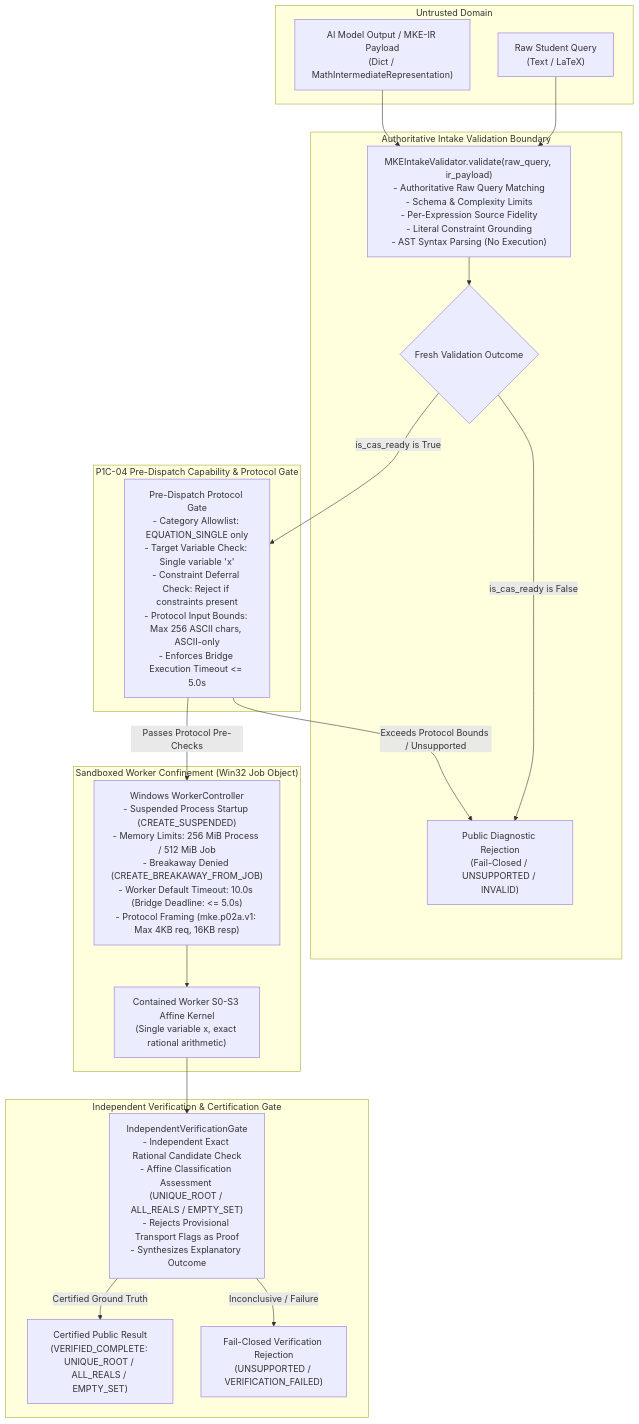
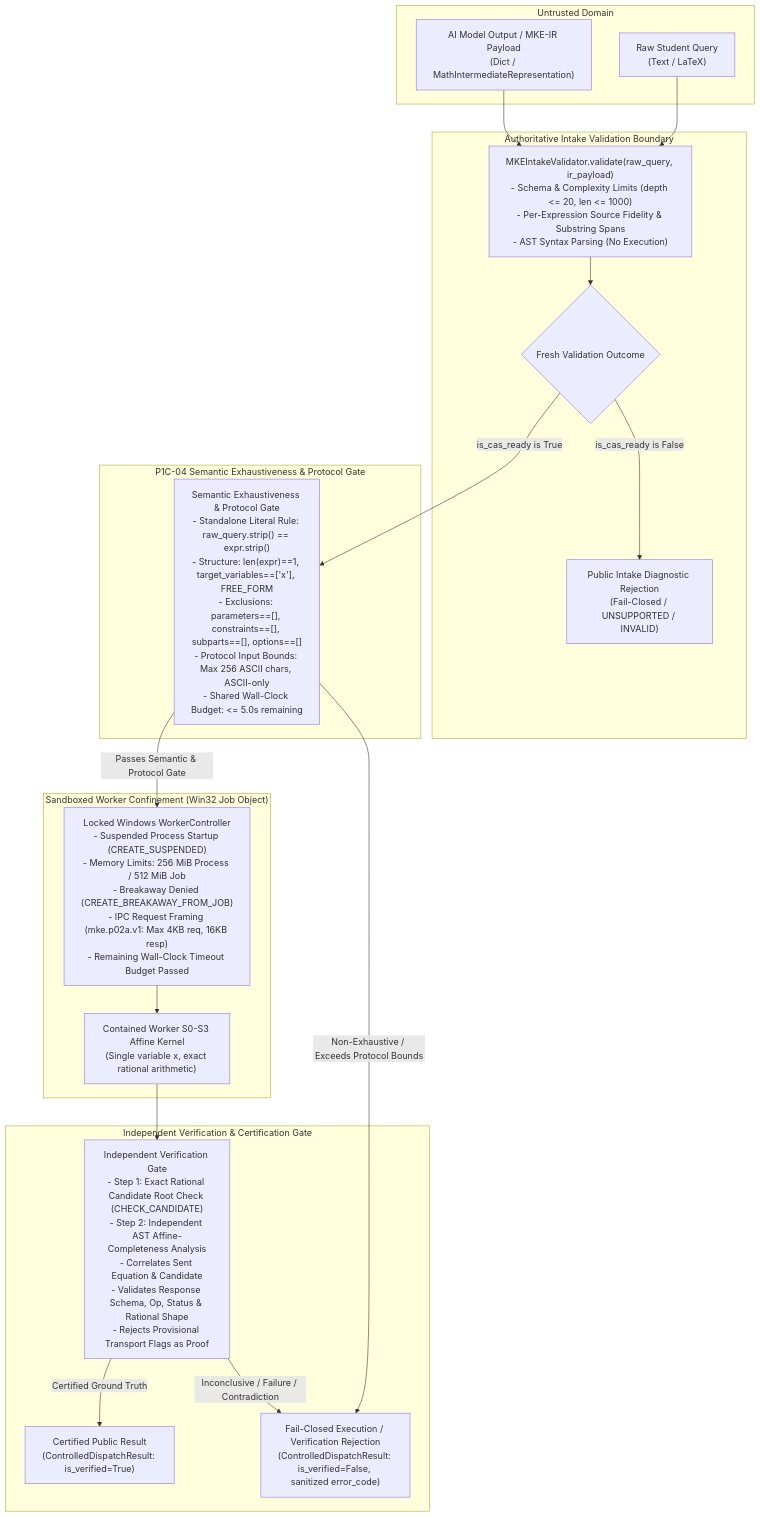
Before and after one commit to PhanHoangKe/math-knowledge-engine: the first of 3 diagrams in docs/architecture/P1C_04_A_CONTROLLED_DISPATCH_PREFLIGHT.md, drawn with Mermaid. The commit also changed other lines of this file, not shown here.

Commit message:
docs(architecture): apply P1C-04-A-R2 corrections closing semantic exhaustiveness, proof model, locked containment, and public result gaps

````diff
--- a/docs/architecture/P1C_04_A_CONTROLLED_DISPATCH_PREFLIGHT.md
+++ b/docs/architecture/P1C_04_A_CONTROLLED_DISPATCH_PREFLIGHT.md
@@ -26,40 +26,40 @@
 ```mermaid
 flowchart TD
     subgraph UntrustedDomain["Untrusted Domain"]
         A["Raw Student Query<br/>(Text / LaTeX)"]
         B["AI Model Output / MKE-IR Payload<br/>(Dict / MathIntermediateRepresentation)"]
     end
 
     subgraph IntakeBoundary["Authoritative Intake Validation Boundary"]
-        C["MKEIntakeValidator.validate(raw_query, ir_payload)<br/>- Authoritative Raw Query Matching<br/>- Schema & Complexity Limits<br/>- Per-Expression Source Fidelity<br/>- Literal Constraint Grounding<br/>- AST Syntax Parsing (No Execution)"]
+        C["MKEIntakeValidator.validate(raw_query, ir_payload)<br/>- Schema & Complexity Limits (depth <= 20, len <= 1000)<br/>- Per-Expression Source Fidelity & Substring Spans<br/>- AST Syntax Parsing (No Execution)"]
         D{"Fresh Validation Outcome"}
-        E["Public Diagnostic Rejection<br/>(Fail-Closed / UNSUPPORTED / INVALID)"]
+        E["Public Intake Diagnostic Rejection<br/>(Fail-Closed / UNSUPPORTED / INVALID)"]
     end
 
-    subgraph PreDispatchGate["P1C-04 Pre-Dispatch Capability & Protocol Gate"]
-        F["Pre-Dispatch Protocol Gate<br/>- Category Allowlist: EQUATION_SINGLE only<br/>- Target Variable Check: Single variable 'x'<br/>- Constraint Deferral Check: Reject if constraints present<br/>- Protocol Input Bounds: Max 256 ASCII chars, ASCII-only<br/>- Enforces Bridge Execution Timeout <= 5.0s"]
+    subgraph SemanticAndProtocolGate["P1C-04 Semantic Exhaustiveness & Protocol Gate"]
+        F["Semantic Exhaustiveness & Protocol Gate<br/>- Standalone Literal Rule: raw_query.strip() == expr.strip()<br/>- Structure: len(expr)==1, target_variables==['x'], FREE_FORM<br/>- Exclusions: parameters==[], constraints==[], subparts==[], options==[]<br/>- Protocol Input Bounds: Max 256 ASCII chars, ASCII-only<br/>- Shared Wall-Clock Budget: <= 5.0s remaining"]
     end
 
     subgraph SandboxedWorker["Sandboxed Worker Confinement (Win32 Job Object)"]
-        G["Windows WorkerController<br/>- Suspended Process Startup (CREATE_SUSPENDED)<br/>- Memory Limits: 256 MiB Process / 512 MiB Job<br/>- Breakaway Denied (CREATE_BREAKAWAY_FROM_JOB)<br/>- Worker Default Timeout: 10.0s (Bridge Deadline: <= 5.0s)<br/>- Protocol Framing (mke.p02a.v1: Max 4KB req, 16KB resp)"]
+        G["Locked Windows WorkerController<br/>- Suspended Process Startup (CREATE_SUSPENDED)<br/>- Memory Limits: 256 MiB Process / 512 MiB Job<br/>- Breakaway Denied (CREATE_BREAKAWAY_FROM_JOB)<br/>- IPC Request Framing (mke.p02a.v1: Max 4KB req, 16KB resp)<br/>- Remaining Wall-Clock Timeout Budget Passed"]
         H["Contained Worker S0-S3 Affine Kernel<br/>(Single variable x, exact rational arithmetic)"]
     end
 
     subgraph VerificationGate["Independent Verification & Certification Gate"]
-        I["IndependentVerificationGate<br/>- Independent Exact Rational Candidate Check<br/>- Affine Classification Assessment (UNIQUE_ROOT / ALL_REALS / EMPTY_SET)<br/>- Rejects Provisional Transport Flags as Proof<br/>- Synthesizes Explanatory Outcome"]
-        J["Certified Public Result<br/>(VERIFIED_COMPLETE: UNIQUE_ROOT / ALL_REALS / EMPTY_SET)"]
-        K["Fail-Closed Verification Rejection<br/>(UNSUPPORTED / VERIFICATION_FAILED)"]
+        I["Independent Verification Gate<br/>- Step 1: Exact Rational Candidate Root Check (CHECK_CANDIDATE)<br/>- Step 2: Independent AST Affine-Completeness Analysis<br/>- Correlates Sent Equation & Candidate<br/>- Validates Response Schema, Op, Status & Rational Shape<br/>- Rejects Provisional Transport Flags as Proof"]
+        J["Certified Public Result<br/>(ControlledDispatchResult: is_verified=True)"]
+        K["Fail-Closed Execution / Verification Rejection<br/>(ControlledDispatchResult: is_verified=False, sanitized error_code)"]
     end
 
     A --> C
     B --> C
     C --> D
     D -->|"is_cas_ready is False"| E
     D -->|"is_cas_ready is True"| F
-    F -->|"Exceeds Protocol Bounds / Unsupported"| E
-    F -->|"Passes Protocol Pre-Checks"| G
+    F -->|"Non-Exhaustive / Exceeds Protocol Bounds"| K
+    F -->|"Passes Semantic & Protocol Gate"| G
     G --> H
     H --> I
     I -->|"Certified Ground Truth"| J
-    I -->|"Inconclusive / Failure"| K
+    I -->|"Inconclusive / Failure / Contradiction"| K
 ```
````
